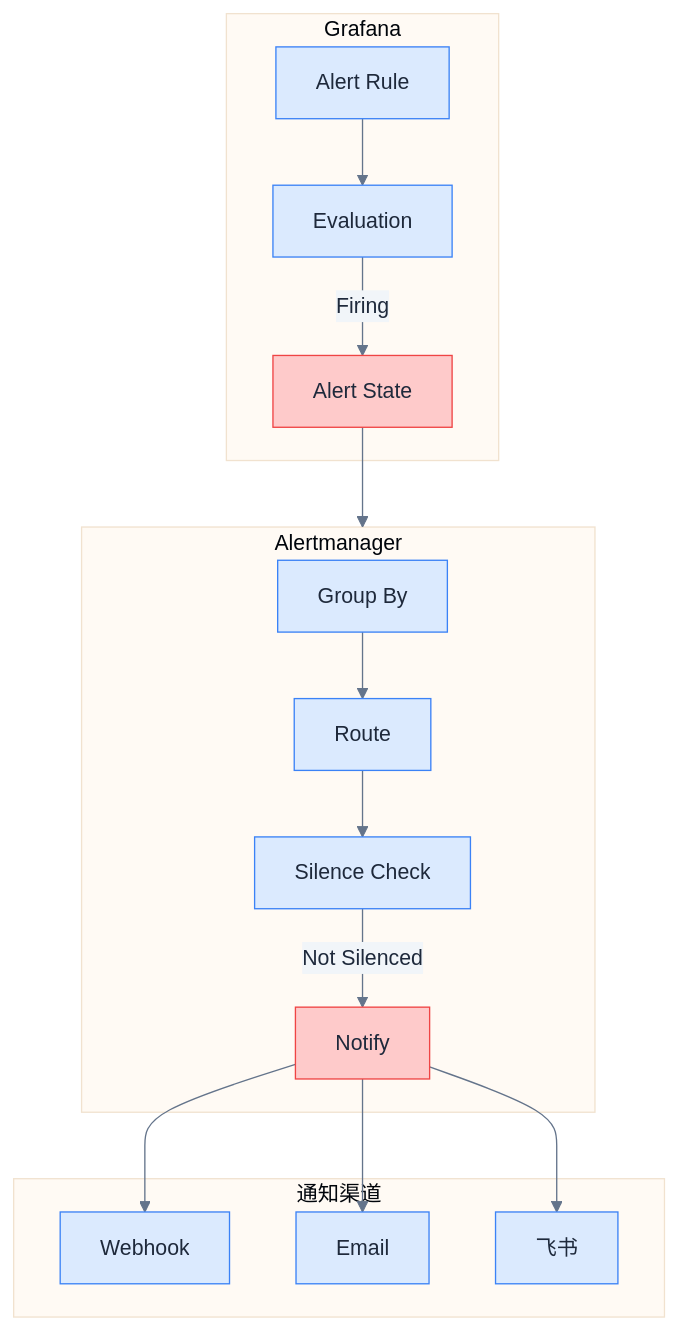
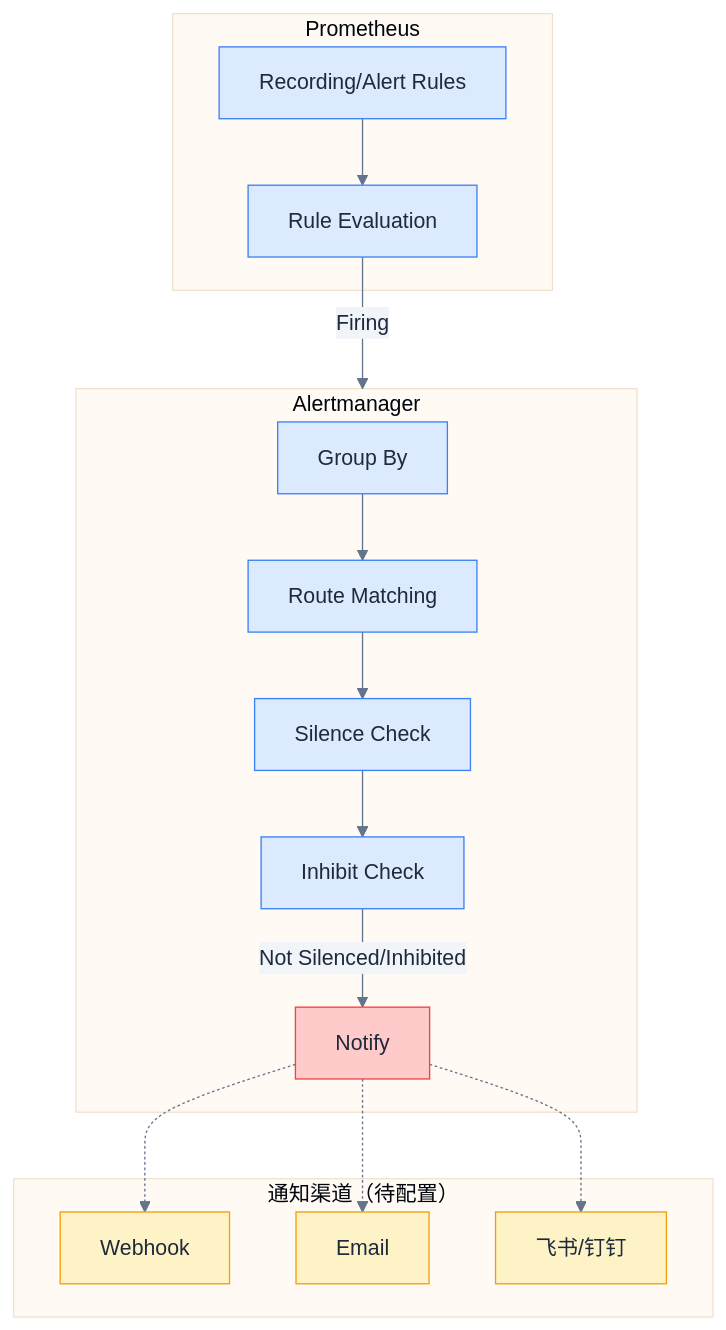
One commit to linqibin0826/patra changed the second of 2 diagrams in patra-api/docs/designs/observability/06-grafana-visualization.md. Above: the diagram before and after it, drawn with Mermaid. The commit also changed other lines of this file and 8 other files, not shown here.

````diff
--- a/patra-api/docs/designs/observability/06-grafana-visualization.md
+++ b/patra-api/docs/designs/observability/06-grafana-visualization.md
@@ -476,47 +390,48 @@
 ```mermaid
 %%{init: {
   'theme': 'base',
   'themeVariables': {
     'primaryColor': '#dbeafe',
     'primaryTextColor': '#1e293b',
     'primaryBorderColor': '#3b82f6',
     'lineColor': '#64748b',
     'edgeLabelBackground': '#f1f5f9'
   }
 }}%%
 flowchart TD
-    subgraph Grafana["Grafana"]
-        Rule[Alert Rule]
-        Eval[Evaluation]
-        State[Alert State]
+    subgraph Prometheus_Alert["Prometheus"]
+        Rule[Recording/Alert Rules]
+        Eval[Rule Evaluation]
     end
 
-    subgraph Alertmanager["Alertmanager"]
+    subgraph AM["Alertmanager"]
         Group[Group By]
-        Route[Route]
+        Route[Route Matching]
         Silence[Silence Check]
+        Inhibit[Inhibit Check]
         Notify[Notify]
     end
 
-    subgraph Channels["通知渠道"]
+    subgraph Channels["通知渠道（待配置）"]
         Webhook[Webhook]
         Email[Email]
-        Feishu[飞书]
+        Feishu[飞书/钉钉]
     end
 
     Rule --> Eval
-    Eval -->|Firing| State
-    State --> Alertmanager
-
+    Eval -->|Firing| AM
     Group --> Route
     Route --> Silence
-    Silence -->|Not Silenced| Notify
+    Silence --> Inhibit
+    Inhibit -->|Not Silenced/Inhibited| Notify
 
-    Notify --> Webhook
-    Notify --> Email
-    Notify --> Feishu
+    Notify -.-> Webhook
+    Notify -.-> Email
+    Notify -.-> Feishu
 
     classDef default fill:#dbeafe,stroke:#3b82f6,color:#1e293b;
     classDef alert fill:#fecaca,stroke:#ef4444,color:#1e293b;
-    class State,Notify alert;
+    classDef pending fill:#fef3c7,stroke:#f59e0b,color:#1e293b;
+    class Notify alert;
+    class Webhook,Email,Feishu pending;
 ```
````
